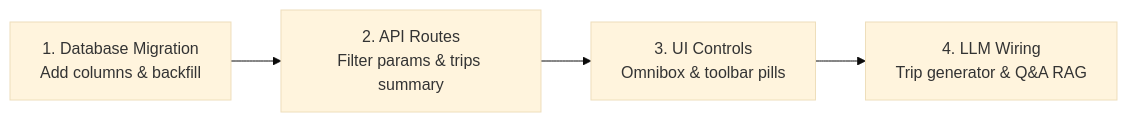
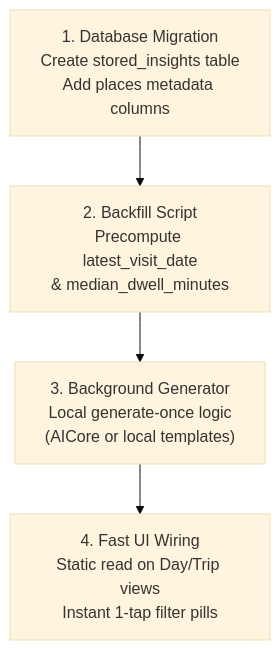
The diagram in docs/TIMELINE_INTELLIGENCE_SPECIFICATION.md (gregorrothfuss/mylifebits), drawn with Mermaid (base theme) before and after one commit. The commit also changed other lines of this file, not shown here.

First line of the commit message:
docs(spec): update timeline intelligence spec for on-device stored insights

````diff
--- a/docs/TIMELINE_INTELLIGENCE_SPECIFICATION.md
+++ b/docs/TIMELINE_INTELLIGENCE_SPECIFICATION.md
@@ -281,6 +218,6 @@
 ```mermaid
-flowchart LR
-    M1["1. Database Migration<br>Add columns & backfill"] --> M2["2. API Routes<br>Filter params & trips summary"]
-    M2 --> M3["3. UI Controls<br>Omnibox & toolbar pills"]
-    M3 --> M4["4. LLM Wiring<br>Trip generator & Q&A RAG"]
+flowchart TD
+    S1["1. Database Migration<br>Create stored_insights table<br>Add places metadata columns"] --> S2["2. Backfill Script<br>Precompute latest_visit_date<br>& median_dwell_minutes"]
+    S2 --> S3["3. Background Generator<br>Local generate-once logic<br>(AICore or local templates)"]
+    S3 --> S4["4. Fast UI Wiring<br>Static read on Day/Trip views<br>Instant 1-tap filter pills"]
 ```
````
